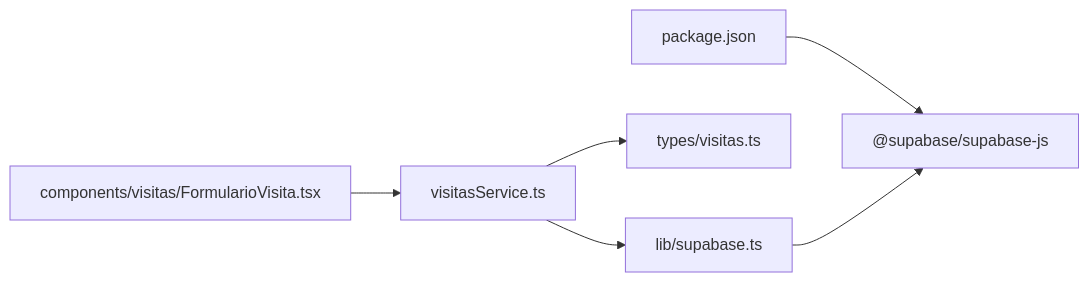
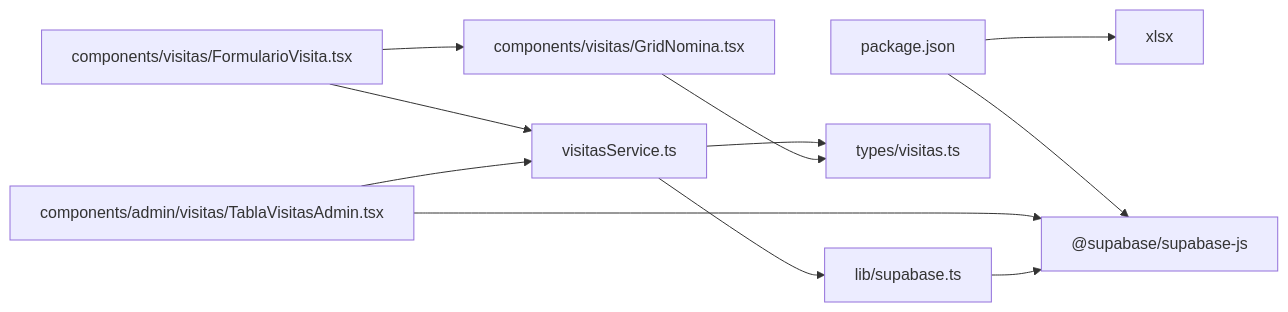
One commit to AgusCatra/simu-twin-web changed the fourth of 4 diagrams in .qoder/repowiki/en/content/Core Services & Business Logic/Core Services & Business Logic.md. Above: the diagram before and after it, drawn with Mermaid. The commit also changed other lines of this file and 21 other files, not shown here.

````diff
--- a/.qoder/repowiki/en/content/Core Services & Business Logic/Core Services & Business Logic.md
+++ b/.qoder/repowiki/en/content/Core Services & Business Logic/Core Services & Business Logic.md
@@ -342,14 +464,22 @@
 ```mermaid
 graph LR
 P["package.json"]
 SB["@supabase/supabase-js"]
+XLSX["xlsx"]
 VS["visitasService.ts"]
 TS["types/visitas.ts"]
 SC["lib/supabase.ts"]
 FC["components/visitas/FormularioVisita.tsx"]
+GN["components/visitas/GridNomina.tsx"]
+TA["components/admin/visitas/TablaVisitasAdmin.tsx"]
 P --> SB
+P --> XLSX
 VS --> TS
 VS --> SC
 FC --> VS
+FC --> GN
+TA --> VS
+TA --> SB
 SC --> SB
+GN --> TS
 ```
````
